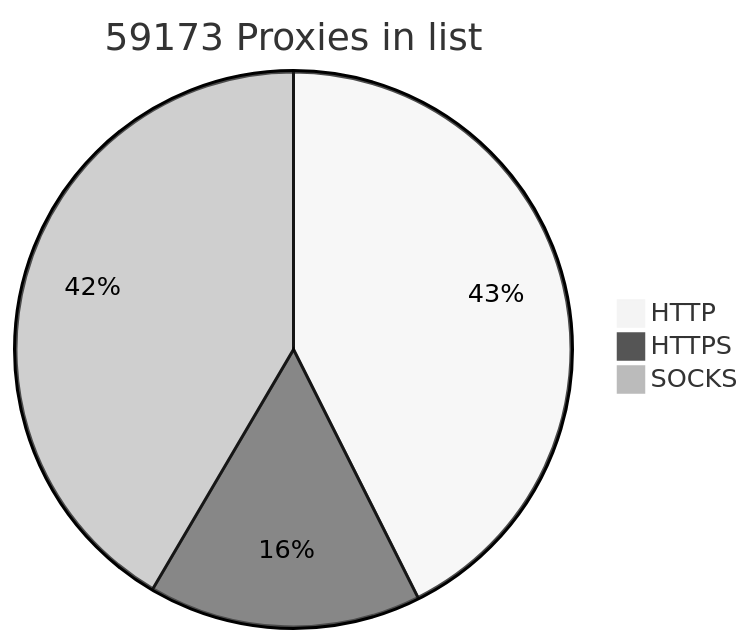
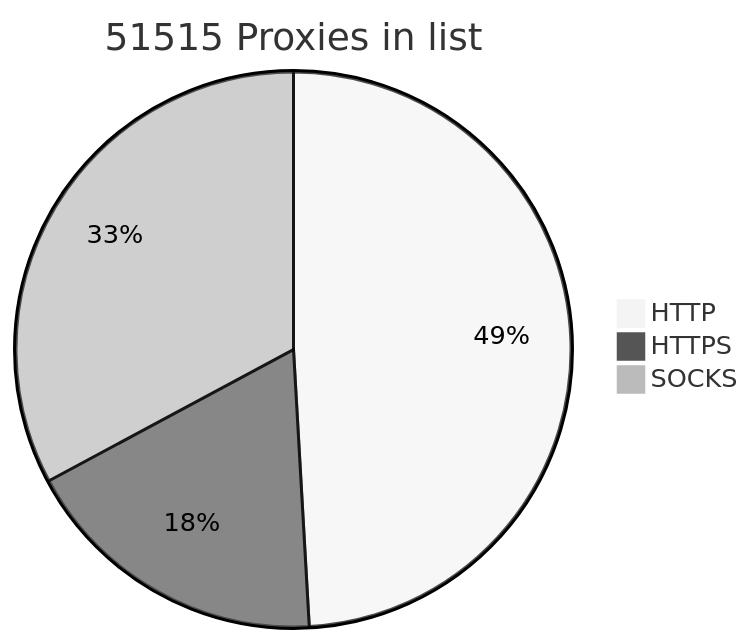
The diagram in README.md (BlackSnowDot/proxylist-update-every-minute), drawn with Mermaid (neutral theme) before and after one commit. The commit also changed other lines of this file, not shown here.

````diff
--- a/README.md
+++ b/README.md
@@ -2,6 +2,6 @@
 ```mermaid
-pie title 59173 Proxies in list
-    "HTTP" : 28805
-    "HTTPS": 10724
-    "SOCKS" : 28091
+pie title 51515 Proxies in list
+    "HTTP" : 28455
+    "HTTPS": 10469
+    "SOCKS" : 19035
 ```
````
